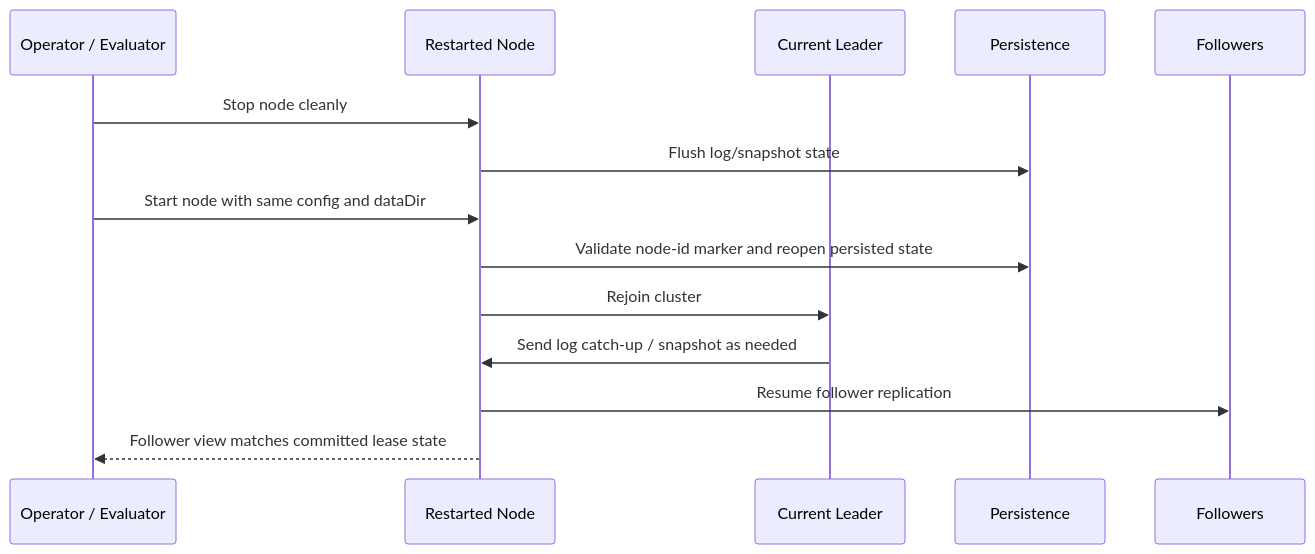
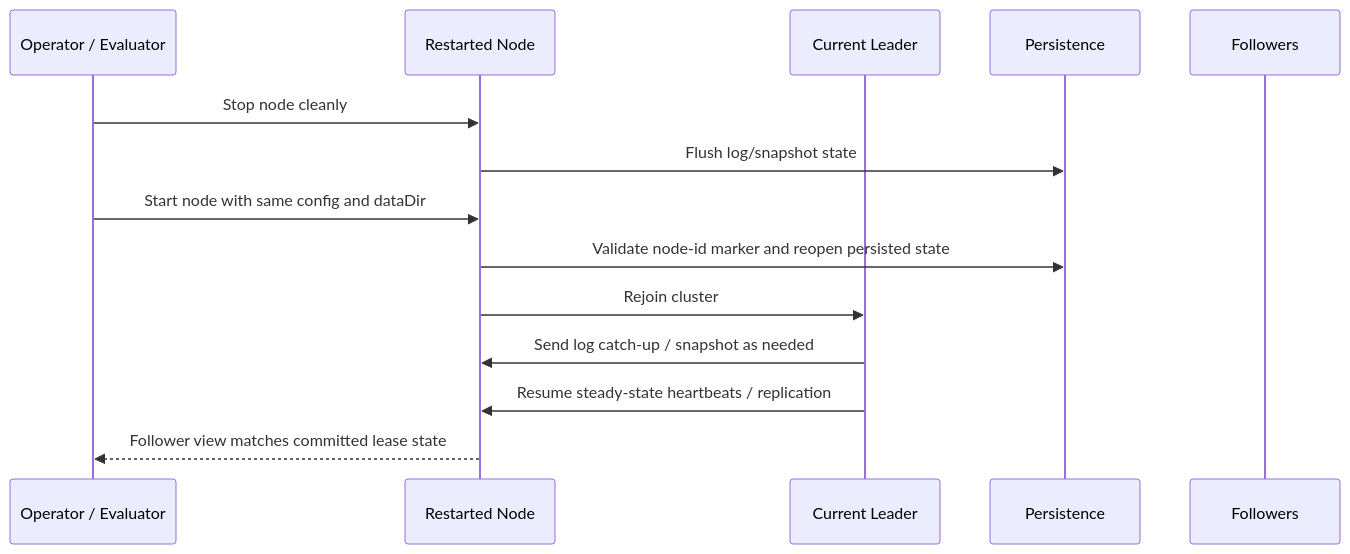
The tenth of 12 diagrams in docs/diagrams/request-flow.md (richrobertson/tenure), drawn with Mermaid before and after one commit. The commit also changed other lines of this file and 1 other file, not shown here.

Commit message:
Clarify recovery docs and diagrams

````diff
--- a/docs/diagrams/request-flow.md
+++ b/docs/diagrams/request-flow.md
@@ -172,17 +172,17 @@
 ```mermaid
 sequenceDiagram
     participant O as Operator / Evaluator
     participant N as Restarted Node
     participant L as Current Leader
     participant P as Persistence
     participant F as Followers
 
     O->>N: Stop node cleanly
     N->>P: Flush log/snapshot state
     O->>N: Start node with same config and dataDir
     N->>P: Validate node-id marker and reopen persisted state
     N->>L: Rejoin cluster
     L->>N: Send log catch-up / snapshot as needed
-    N->>F: Resume follower replication
+    L->>N: Resume steady-state heartbeats / replication
     N-->>O: Follower view matches committed lease state
 ```
````
